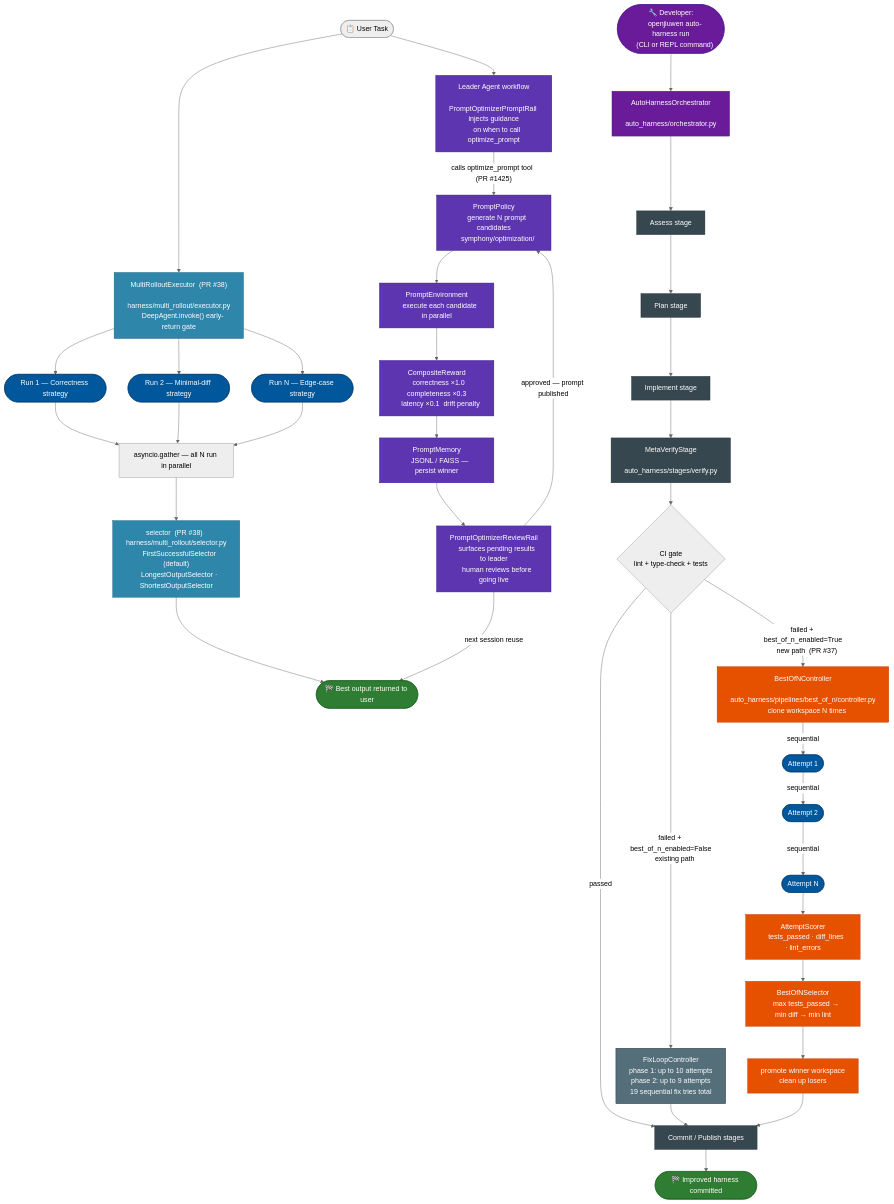
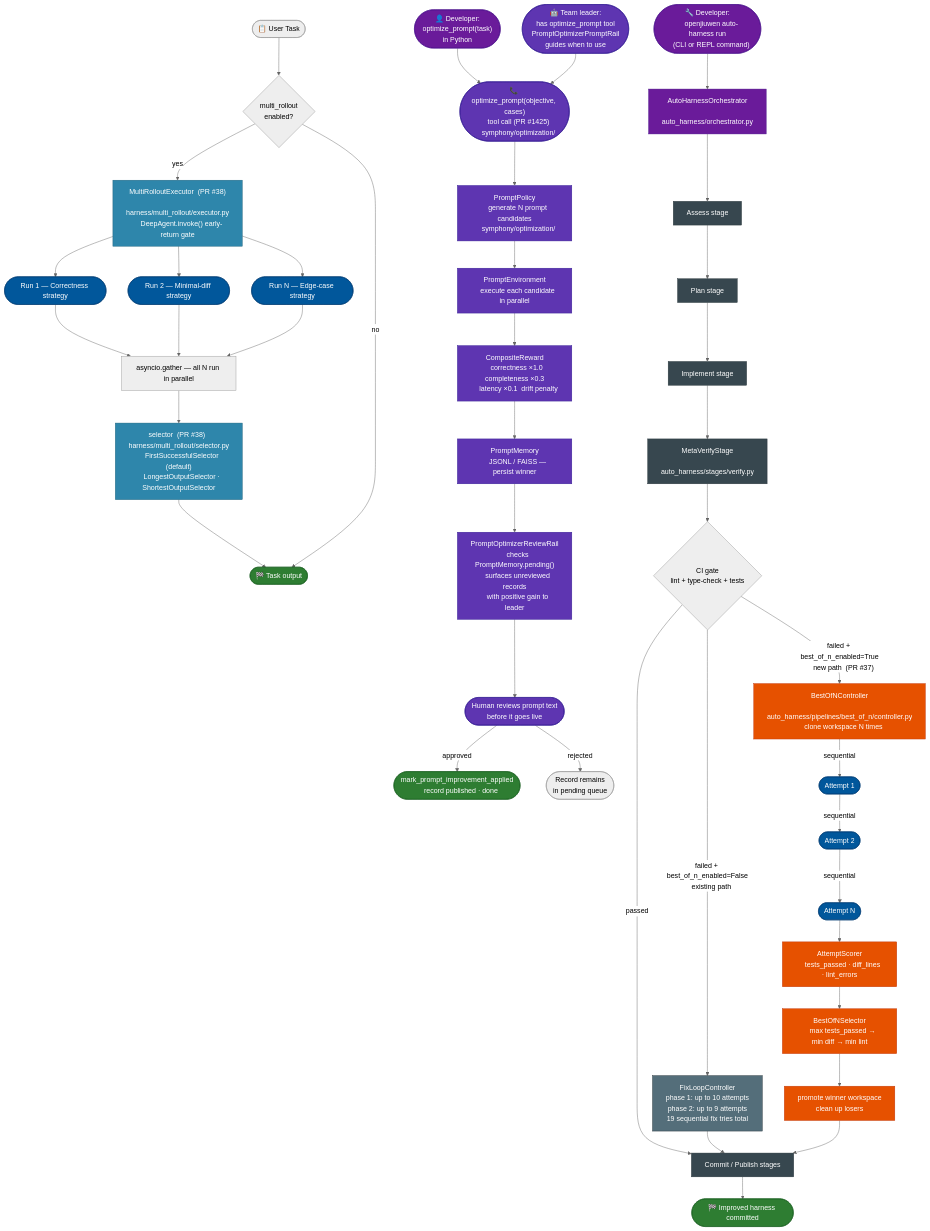
The second of 8 diagrams in docs-michael/Implementation.Overview.md (michaelatamuk/openjiuwen-jiuwenswarm), drawn with Mermaid (neutral theme) before and after one commit.

Commit message:
Working on Jiuwenswarm

````diff
--- a/docs-michael/Implementation.Overview.md
+++ b/docs-michael/Implementation.Overview.md
@@ -307,9 +307,14 @@
     %% ── #4 Multi-Rollout: triggered by a regular user task ──────────────
     T(["📋 User Task"])
 
-    T --> MR["MultiRolloutExecutor  (PR #38)
+    T --> MR_GATE{"multi_rollout
+    enabled?"}
+
+    MR_GATE -->|"yes"| MR["MultiRolloutExecutor  (PR #38)
     harness/multi_rollout/executor.py
     DeepAgent.invoke() early-return gate"]:::ac
+
+    MR_GATE -->|"no"| END4
 
     MR --> R1(["Run 1 — Correctness strategy"]):::run
     MR --> R2(["Run 2 — Minimal-diff strategy"]):::run
@@ -320,7 +325,7 @@
     GATHER --> SEL["selector  (PR #38)  harness/multi_rollout/selector.py
     FirstSuccessfulSelector (default)
     LongestOutputSelector · ShortestOutputSelector"]:::ac
-    SEL --> OUT4(["🏁 Best output returned to user"]):::done
+    SEL --> END4(["🏁 Task output"]):::done
 
     %% ── #5 Best-of-N: triggered by developer CLI / REPL ─────────────────
     DEV(["🔧 Developer:
@@ -367,10 +372,20 @@
     S4 --> OUT5(["🏁 Improved harness committed"]):::done
 
     %% ── #6 RLAF-P: leader agent calls optimize_prompt tool ─────────────
-    T --> LEADER["Leader Agent workflow
-    PromptOptimizerPromptRail injects guidance
-    on when to call optimize_prompt"]:::opt
-    LEADER -->|"calls optimize_prompt tool  (PR #1425)"| PP["PromptPolicy
+    DEV_OPT(["👤 Developer:
+    optimize_prompt(task)
+    in Python"]):::cli
+
+    LEADER_OPT(["🤖 Team leader:
+    has optimize_prompt tool
+    PromptOptimizerPromptRail
+    guides when to use"]):::opt
+
+    DEV_OPT & LEADER_OPT --> CALL(["📞 optimize_prompt(objective, cases)
+    tool call (PR #1425)
+    symphony/optimization/"]):::opt
+
+    CALL --> PP["PromptPolicy
     generate N prompt candidates
     symphony/optimization/"]:::opt
     PP --> PE["PromptEnvironment
@@ -381,8 +396,13 @@
     CR --> PM["PromptMemory
     JSONL / FAISS — persist winner"]:::opt
     PM --> RQ["PromptOptimizerReviewRail
-    surfaces pending results to leader
-    human reviews before going live"]:::opt
-    RQ -->|"approved — prompt published"| PP
-    RQ -->|"next session reuse"| OUT4
+    checks PromptMemory.pending()
+    surfaces unreviewed records
+    with positive gain to leader"]:::opt
+    RQ --> REVIEW(["Human reviews prompt text
+    before it goes live"]):::opt
+    REVIEW -->|"approved"| APPLIED(["mark_prompt_improvement_applied
+    record published · done"]):::done
+    REVIEW -->|"rejected"| END6(["Record remains
+    in pending queue"])
 ```
````
